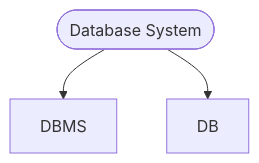
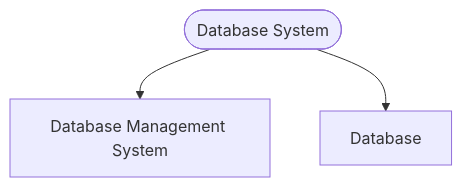
Before and after one commit to ESJiang/JR-notes: the first of 3 diagrams in Database/Database_1.md, drawn with Mermaid. The commit also changed other lines of this file, not shown here.

````diff
--- a/Database/Database_1.md
+++ b/Database/Database_1.md
@@ -13,5 +35,5 @@
 ```mermaid
 graph TB;
-    a(["Database System"])-->b["DBMS"];
-    a --> c["DB"]
+    a(["Database System"])-->b["Database Management System"];
+    a --> c["Database"]
 ```
````
